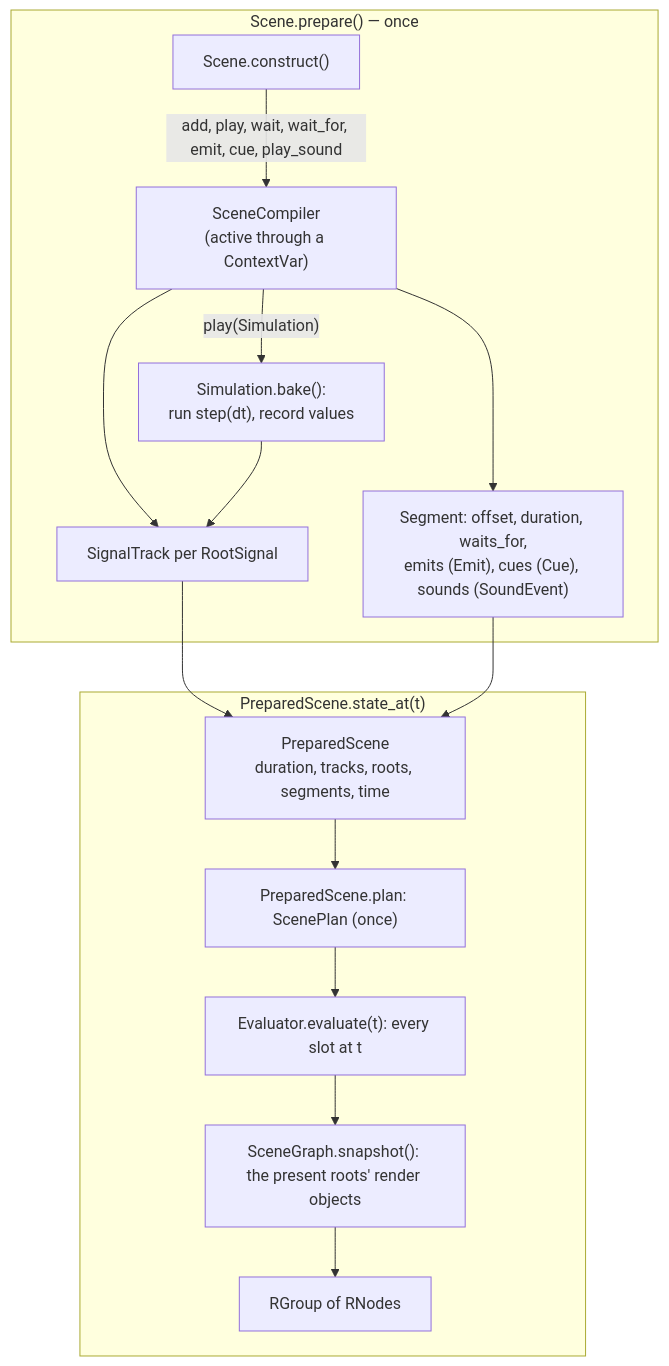
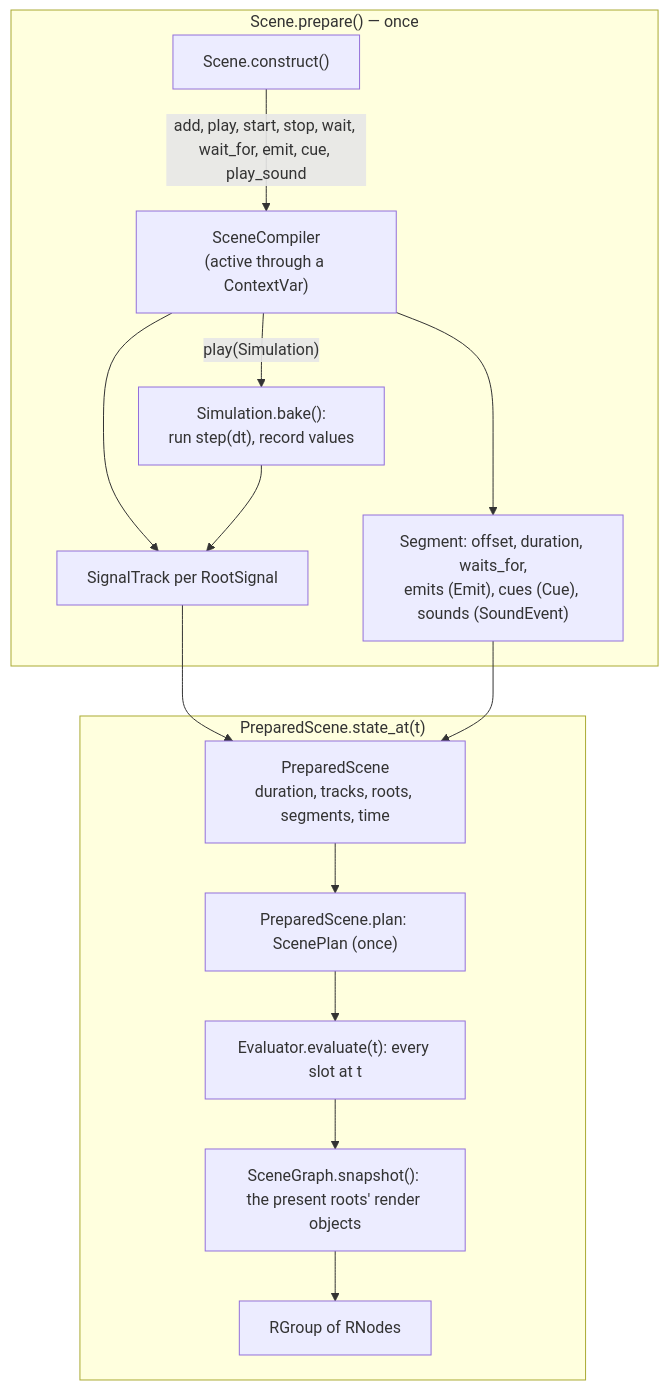
One commit to MrDiver/manim changed the fourth of 8 diagrams in manimx/ARCHITECTURE.md. Above: the diagram before and after it, drawn with Mermaid. The commit also changed other lines of this file and 12 other files, not shown here.

````diff
--- a/manimx/ARCHITECTURE.md
+++ b/manimx/ARCHITECTURE.md
@@ -339,17 +340,17 @@
 ```mermaid
 flowchart TD
     subgraph Compile["Scene.prepare() — once"]
-        A["Scene.construct()"] -->|"add, play, wait, wait_for, emit, cue, play_sound"| SC["SceneCompiler<br/>(active through a ContextVar)"]
+        A["Scene.construct()"] -->|"add, play, start, stop, wait, wait_for, emit, cue, play_sound"| SC["SceneCompiler<br/>(active through a ContextVar)"]
         SC --> T["SignalTrack per RootSignal"]
         SC --> SG["Segment: offset, duration, waits_for,<br/>emits (Emit), cues (Cue), sounds (SoundEvent)"]
         SC -->|"play(Simulation)"| BK["Simulation.bake():<br/>run step(dt), record values"]
         BK --> T
     end
     T & SG --> PS["PreparedScene<br/>duration, tracks, roots, segments, time"]
     subgraph Eval["PreparedScene.state_at(t)"]
         PS --> Plan["PreparedScene.plan: ScenePlan (once)"]
         Plan --> E1["Evaluator.evaluate(t): every slot at t"]
         E1 --> E2["SceneGraph.snapshot(): the present roots' render objects"]
         E2 --> RO["RGroup of RNodes"]
     end
 ```
````
